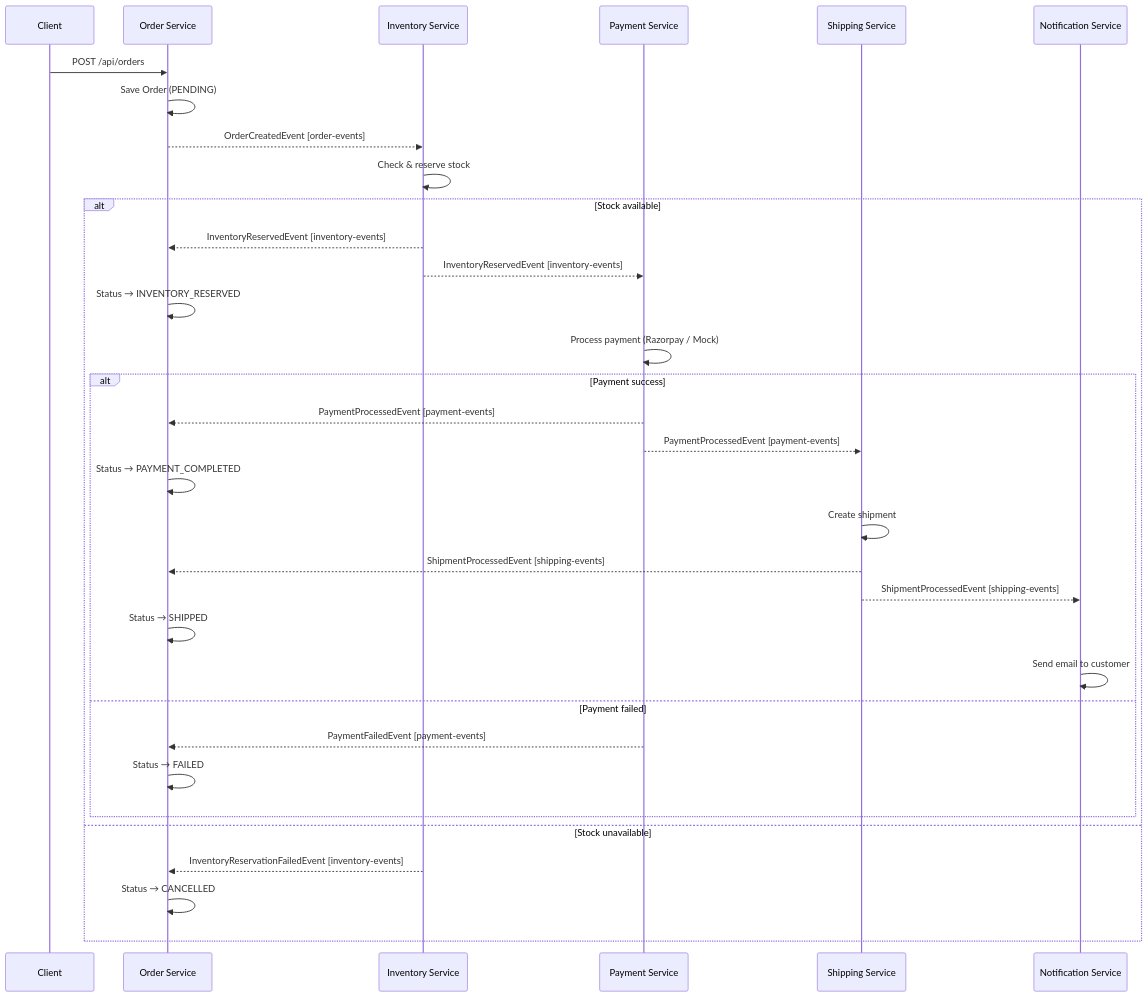
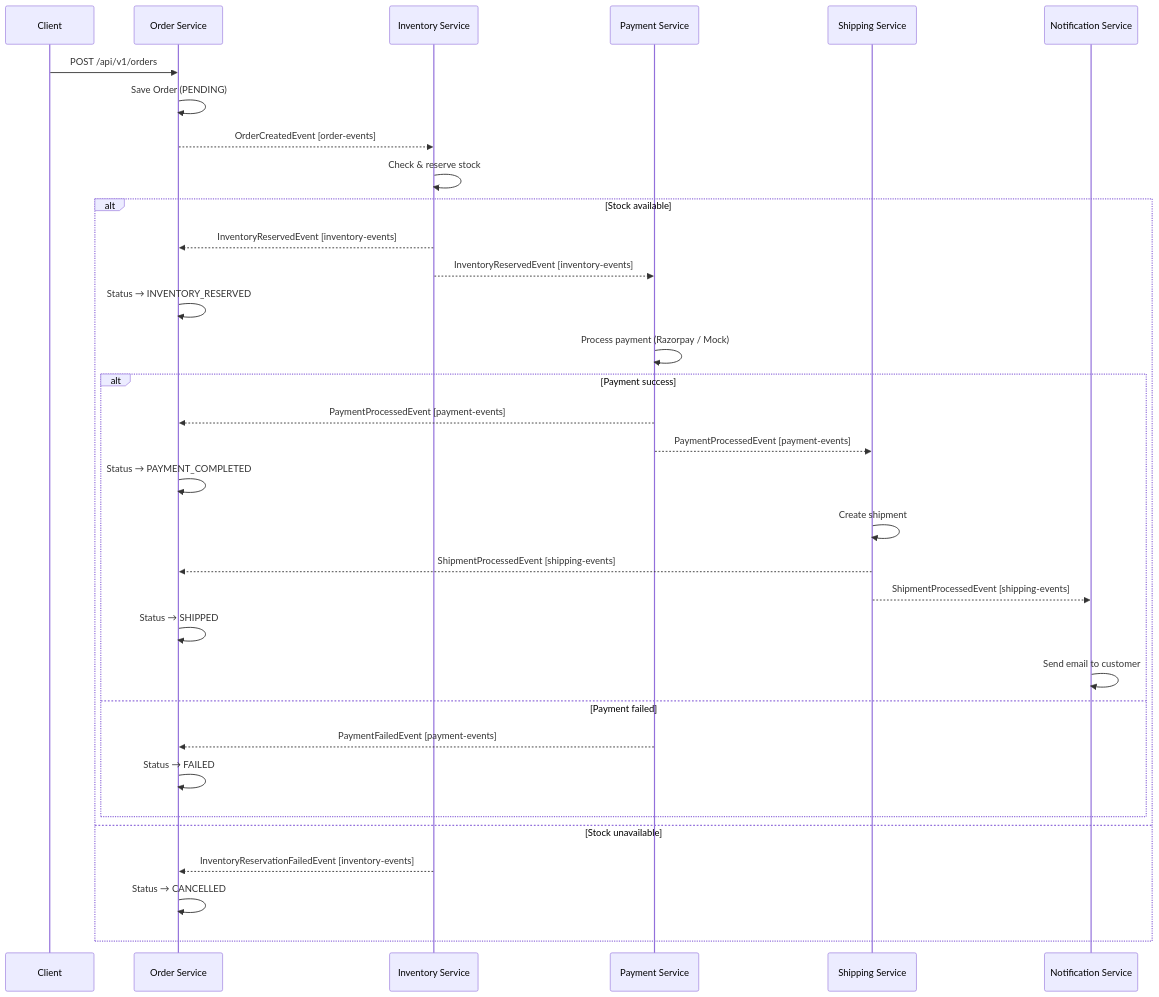
Before and after one commit to zexxitywave/EventDrivenMesh: the second of 2 diagrams in README.md, drawn with Mermaid. The commit also changed other lines of this file, not shown here.

Commit message:
docs(readme): add /api/v1 base path for order-service routes

````diff
--- a/README.md
+++ b/README.md
@@ -172,37 +172,37 @@
 ```mermaid
 sequenceDiagram
     participant C as Client
     participant OS as Order Service
     participant IS as Inventory Service
     participant PS as Payment Service
     participant SS as Shipping Service
     participant NS as Notification Service
 
-    C->>OS: POST /api/orders
+    C->>OS: POST /api/v1/orders
     OS->>OS: Save Order (PENDING)
     OS-->>IS: OrderCreatedEvent [order-events]
 
     IS->>IS: Check & reserve stock
     alt Stock available
         IS-->>OS: InventoryReservedEvent [inventory-events]
         IS-->>PS: InventoryReservedEvent [inventory-events]
         OS->>OS: Status → INVENTORY_RESERVED
         PS->>PS: Process payment (Razorpay / Mock)
         alt Payment success
             PS-->>OS: PaymentProcessedEvent [payment-events]
             PS-->>SS: PaymentProcessedEvent [payment-events]
             OS->>OS: Status → PAYMENT_COMPLETED
             SS->>SS: Create shipment
             SS-->>OS: ShipmentProcessedEvent [shipping-events]
             SS-->>NS: ShipmentProcessedEvent [shipping-events]
             OS->>OS: Status → SHIPPED
             NS->>NS: Send email to customer
         else Payment failed
             PS-->>OS: PaymentFailedEvent [payment-events]
             OS->>OS: Status → FAILED
         end
     else Stock unavailable
         IS-->>OS: InventoryReservationFailedEvent [inventory-events]
         OS->>OS: Status → CANCELLED
     end
 ```
````
